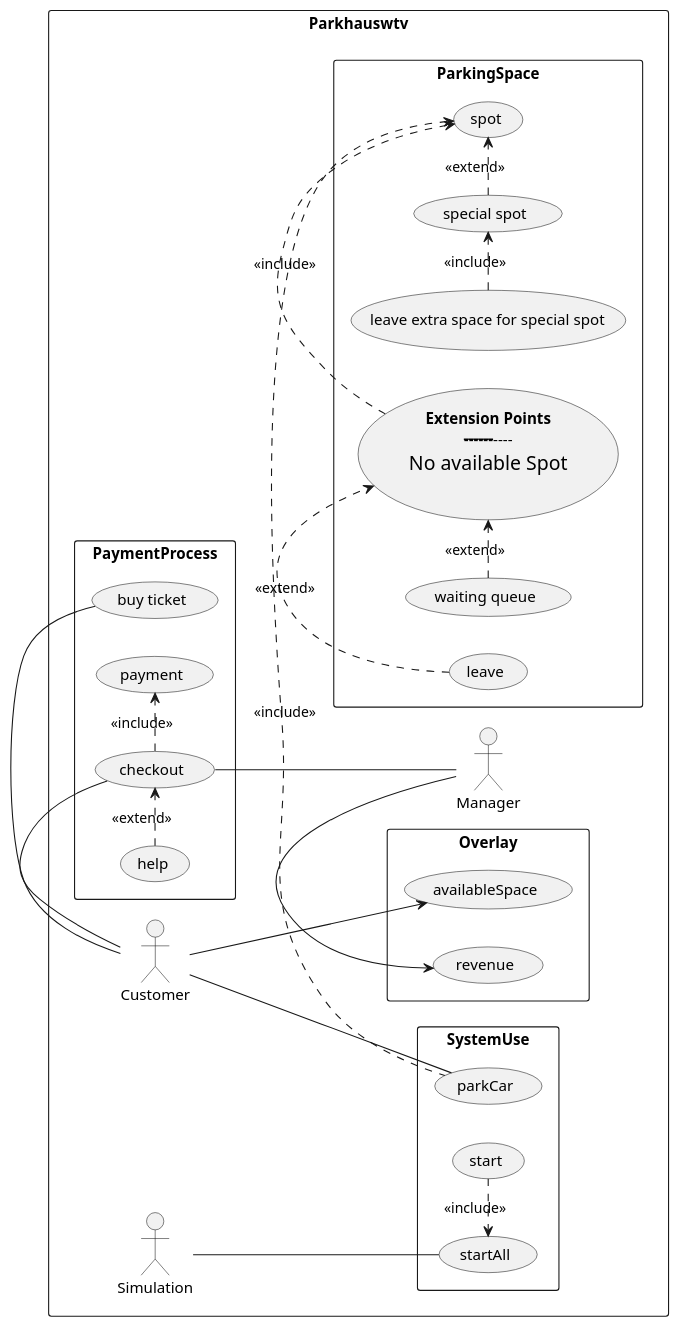
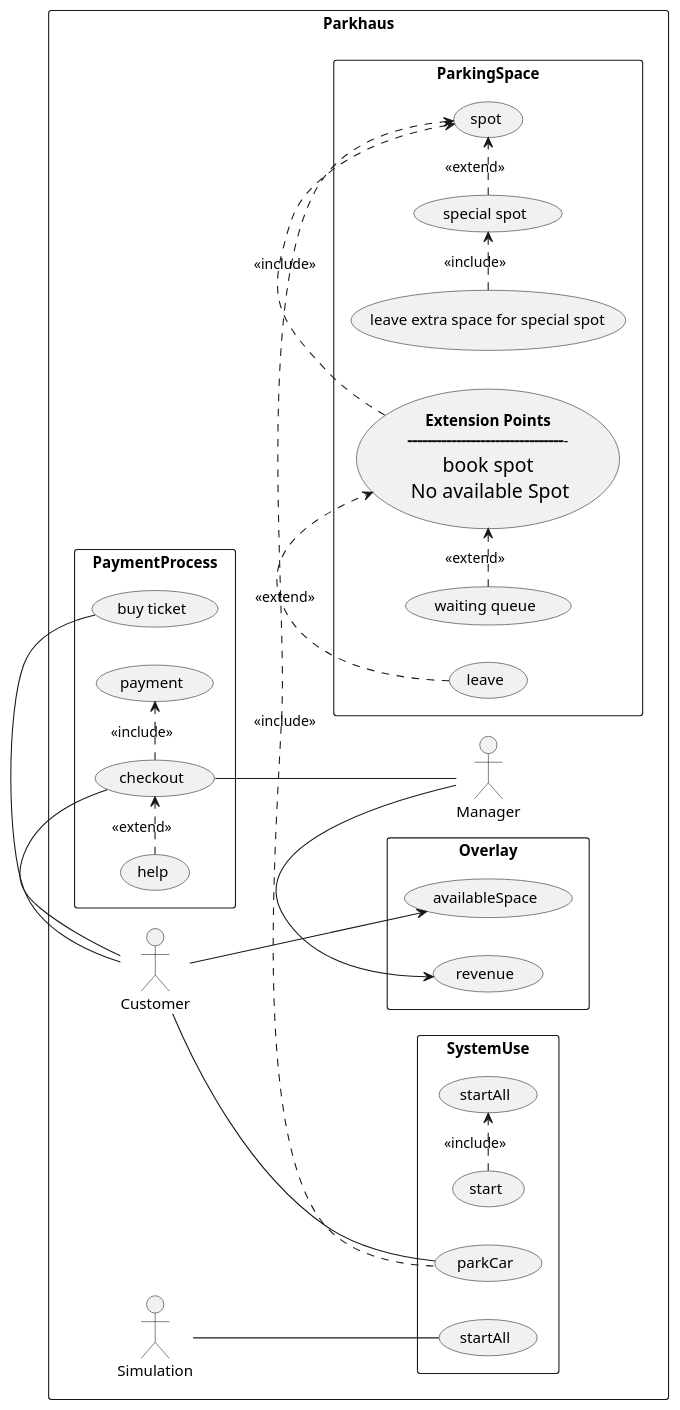
One commit to 1nbetw33n/Parkhaus_new changed the diagram in src/main/exercise4/uc_Parkhaus.puml. Above: the diagram before and after it, drawn with PlantUML. The commit also changed 1 other file, not shown here.

```diff
--- a/src/main/exercise4/uc_Parkhaus.puml
+++ b/src/main/exercise4/uc_Parkhaus.puml
@@ -1,43 +1,47 @@
 @startuml
 left to right direction
 skinparam packageStyle rectangle
 
-package Parkhauswtv {
-actor Simulation
-actor Customer
-actor Manager
+package Parkhaus {
+actor Simulation as S
+actor Customer as C
+actor Manager as M
 
 rectangle SystemUse {
-  Simulation -- (startAll)
-  (start) .> (startAll) : <<include>>
-  Customer -- (parkCar)
+  S -- (startAll)
+  (startAll) as (sA)
+  (parkCar) as pC
+  (start) .> (sA) : <<include>>
+  C -- (pC)
 }
 
+
 rectangle ParkingSpace {
-  (** Extension Points **\n ---------------------------------- \n <size:18>No available Spot</size> \n <size:18></size>) as E1
+  (** Extension Points **\n ----------------------------------------------------------------------------------------------------------------------------------------------------------------- \n <size:18>book spot</size> \n <size:18>No available Spot</size>) as E1
+  (special spot) as (ss)
+  (leave extra space for special spot) as (extra spot)
   E1 .> (spot) : <<include>>
-  (spot) <. (parkCar) : <<include>>
-  (special spot) .> (spot) : <<extend>>
-  (leave extra space for special spot) .> (special spot) : <<include>>
+  (spot) <. (pC) : <<include>>
+  (ss) .> (spot) : <<extend>>
+  (extra spot) .> (ss) : <<include>>
   (waiting queue) .> E1 : <<extend>>
   (leave) .> E1 : <<extend>>
+}
 
-}
 
 rectangle PaymentProcess {
   (checkout) .> (payment) : <<include>>
-
-  Customer - (buy ticket)
-
-  Customer - (checkout)
+  C - (buy ticket)
+  C - (checkout)
   (help) .> (checkout) : <<extend>>
-  (checkout) -- Manager
+  (checkout) -- M
   }
 
+
 rectangle Overlay {
-  Customer -> (availableSpace)
-  Manager -> (revenue)
+  C -> (availableSpace)
+  M -> (revenue)
 }
 
 }
 @enduml
```
